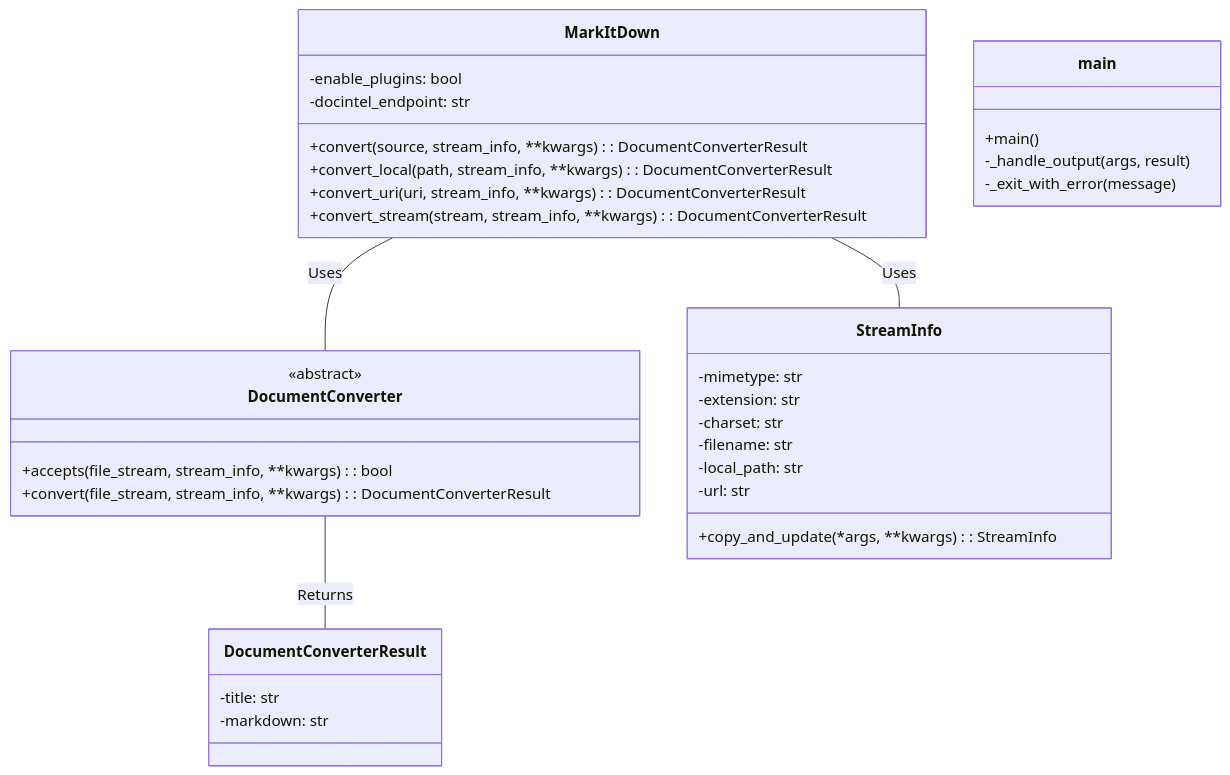
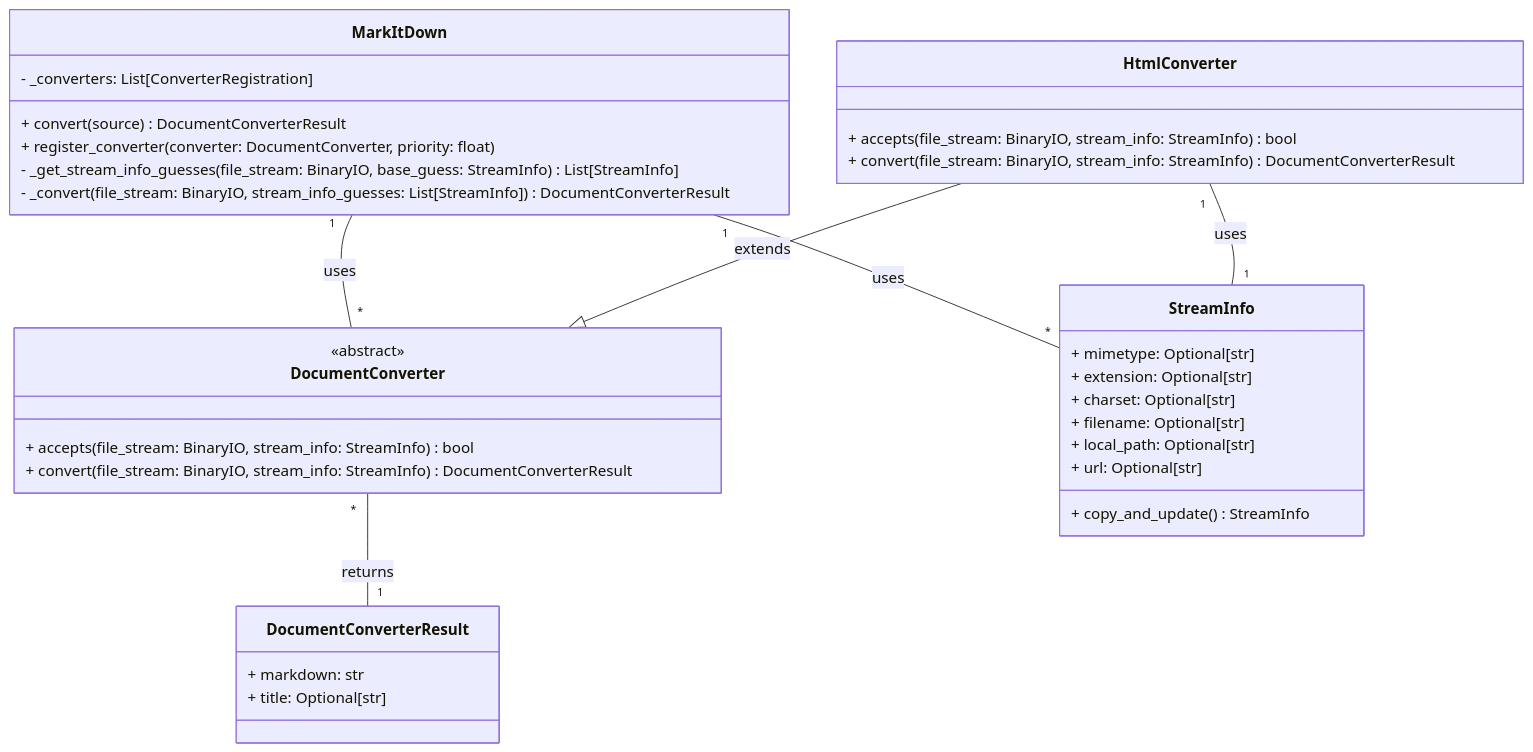
One commit to CodeBoarding/GeneratedOnBoardings changed the second of 2 diagrams in markitdown/Configuration and Extension Management_details.md. Above: the diagram before and after it, drawn with Mermaid. The commit also changed other lines of this file and 10 other files, not shown here.

````diff
--- a/markitdown/Configuration and Extension Management_details.md
+++ b/markitdown/Configuration and Extension Management_details.md
@@ -31,38 +38,38 @@
 ```mermaid
 classDiagram
     class MarkItDown {
-        -enable_plugins: bool
-        -docintel_endpoint: str
-        +convert(source, stream_info, **kwargs): DocumentConverterResult
-        +convert_local(path, stream_info, **kwargs): DocumentConverterResult
-        +convert_uri(uri, stream_info, **kwargs): DocumentConverterResult
-        +convert_stream(stream, stream_info, **kwargs): DocumentConverterResult
+        - _converters: List[ConverterRegistration]
+        + convert(source) DocumentConverterResult
+        + register_converter(converter: DocumentConverter, priority: float)
+        - _get_stream_info_guesses(file_stream: BinaryIO, base_guess: StreamInfo) List[StreamInfo]
+        - _convert(file_stream: BinaryIO, stream_info_guesses: List[StreamInfo]) DocumentConverterResult
     }
     class DocumentConverter {
         <<abstract>>
-        +accepts(file_stream, stream_info, **kwargs): bool
-        +convert(file_stream, stream_info, **kwargs): DocumentConverterResult
+        + accepts(file_stream: BinaryIO, stream_info: StreamInfo) bool
+        + convert(file_stream: BinaryIO, stream_info: StreamInfo) DocumentConverterResult
     }
     class StreamInfo {
-        -mimetype: str
-        -extension: str
-        -charset: str
-        -filename: str
-        -local_path: str
-        -url: str
-        +copy_and_update(*args, **kwargs): StreamInfo
+        + mimetype: Optional[str]
+        + extension: Optional[str]
+        + charset: Optional[str]
+        + filename: Optional[str]
+        + local_path: Optional[str]
+        + url: Optional[str]
+        + copy_and_update() StreamInfo
+    }
+    class HtmlConverter {
+        + accepts(file_stream: BinaryIO, stream_info: StreamInfo) bool
+        + convert(file_stream: BinaryIO, stream_info: StreamInfo) DocumentConverterResult
     }
     class DocumentConverterResult {
-        -title: str
-        -markdown: str
-    }
-    class __main__ {
-        +main()
-        -_handle_output(args, result)
-        -_exit_with_error(message)
+        + markdown: str
+        + title: Optional[str]
     }
 
-    MarkItDown -- StreamInfo: Uses
-    MarkItDown -- DocumentConverter: Uses
-    DocumentConverter -- DocumentConverterResult: Returns
+    MarkItDown "1" -- "*" DocumentConverter : uses
+    MarkItDown "1" -- "*" StreamInfo : uses
+    HtmlConverter --|> DocumentConverter : extends
+    HtmlConverter "1" -- "1" StreamInfo : uses
+    DocumentConverter "*" -- "1" DocumentConverterResult : returns
 ```
````
